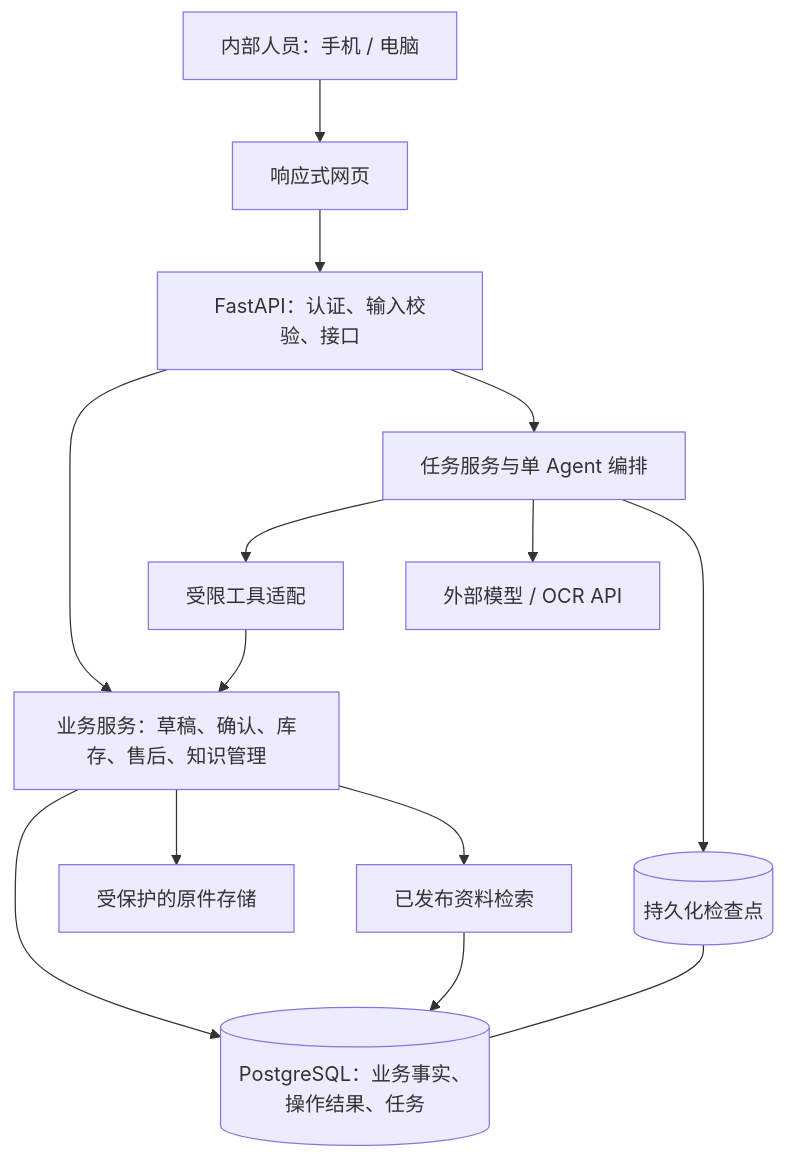
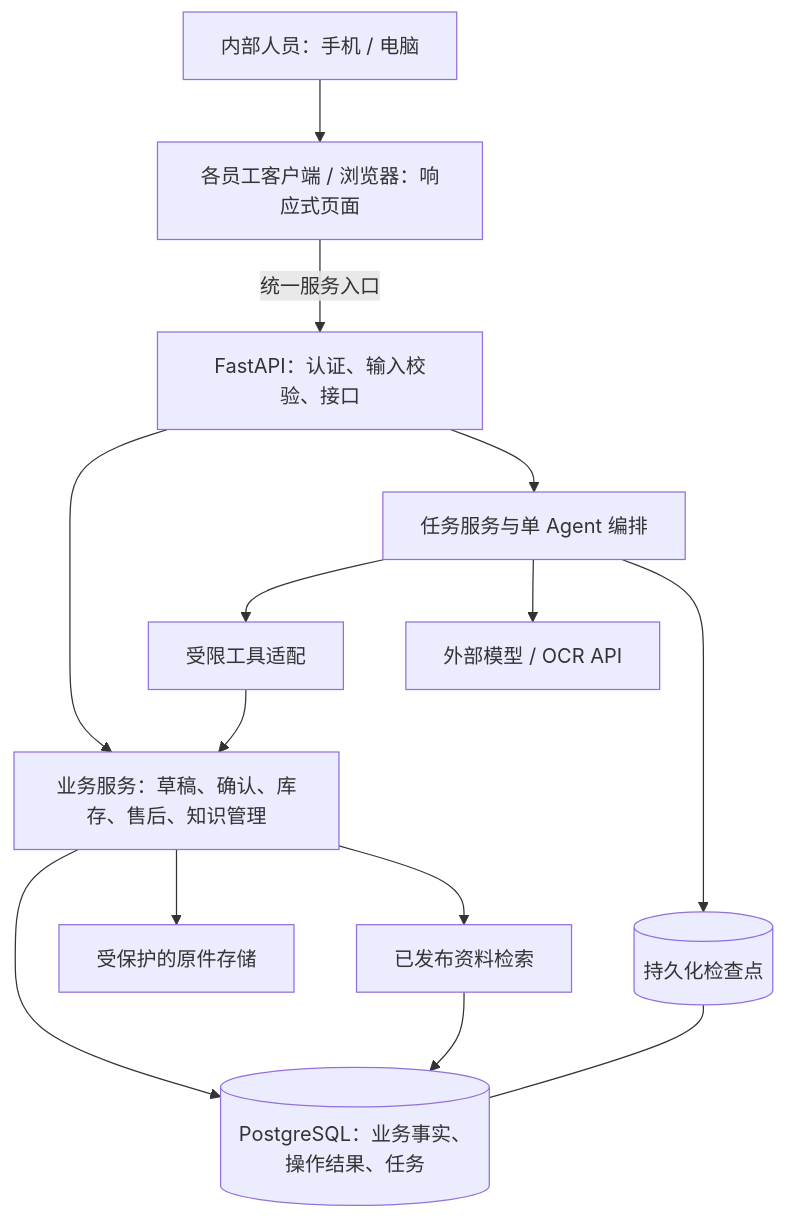
One commit to XLMD1/store-service-agent changed the first of 2 diagrams in docs/architecture/store-service-agent-architecture-v1.0.md. Above: the diagram before and after it, drawn with Mermaid. The commit also changed other lines of this file and 86 other files, not shown here.

````diff
--- a/docs/architecture/store-service-agent-architecture-v1.0.md
+++ b/docs/architecture/store-service-agent-architecture-v1.0.md
@@ -53,16 +62,16 @@
 ```mermaid
 flowchart TB
-    U[内部人员：手机 / 电脑] --> WEB[响应式网页]
-    WEB --> API[FastAPI：认证、输入校验、接口]
+    U[内部人员：手机 / 电脑] --> WEB[各员工客户端 / 浏览器：响应式页面]
+    WEB -->|统一服务入口| API[FastAPI：认证、输入校验、接口]
     API --> BIZ[业务服务：草稿、确认、库存、售后、知识管理]
     API --> TASK[任务服务与单 Agent 编排]
     TASK --> TOOLS[受限工具适配]
     TOOLS --> BIZ
     TASK --> MODEL[外部模型 / OCR API]
     BIZ --> DB[(PostgreSQL：业务事实、操作结果、任务)]
     TASK --> CP[(持久化检查点)]
     CP --- DB
     BIZ --> FILES[受保护的原件存储]
     BIZ --> SEARCH[已发布资料检索]
     SEARCH --> DB
 ```
````
